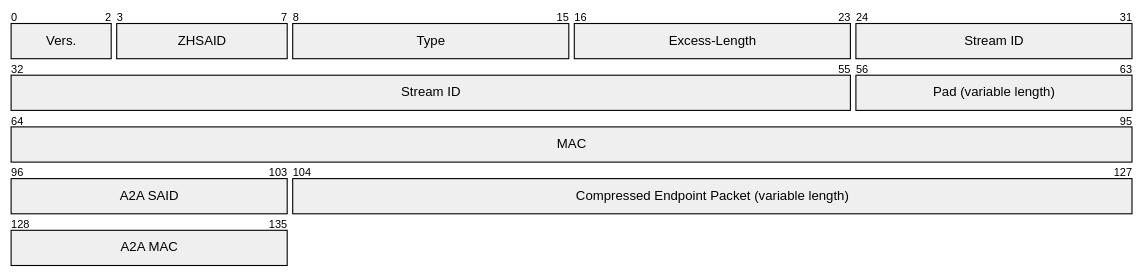
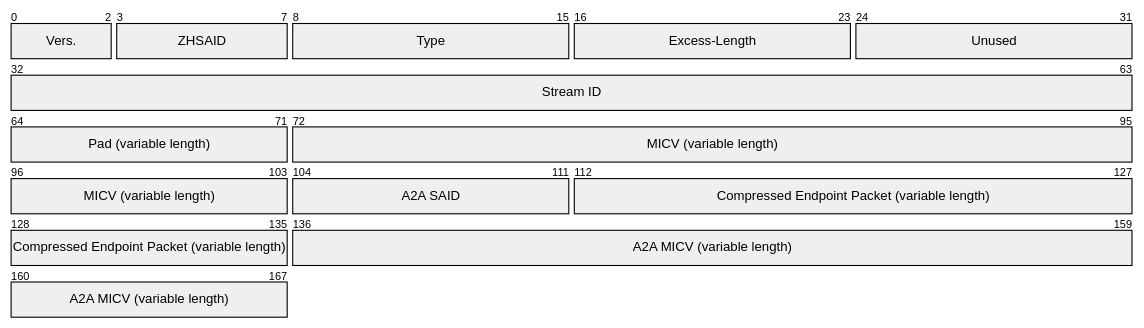
The ninth of 43 diagrams in src/17-ZPR-Data-Protocol/body.md (org-zpr/zpr-rfcs), drawn with Mermaid before and after one commit. The commit also changed other lines of this file, not shown here.

````diff
--- a/src/17-ZPR-Data-Protocol/body.md
+++ b/src/17-ZPR-Data-Protocol/body.md
@@ -2457,14 +2329,15 @@
 ``` mermaid
 %%| fig-cap: ZPR Transit Packet Format
 packet
 +3: "Vers."
 +5: "ZHSAID"
 +8: "Type"
 +8: "Excess-Length"
++8: "Unused"
 +32: "Stream ID"
 +8: "Pad (variable length)"
-+32: "MAC"
++32: "MICV (variable length)"
 +8: "A2A SAID"
 +24: "Compressed Endpoint Packet (variable length)"
-+8: "A2A MAC"
++32: "A2A MICV (variable length)"
 ```
````
